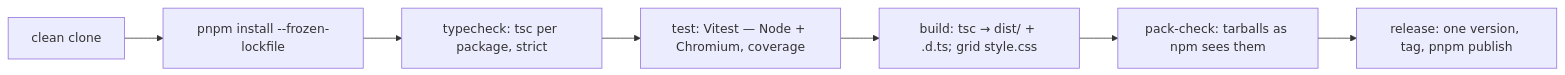
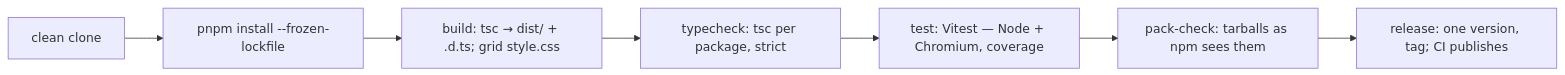
One commit to arpitarya/sheetpane changed the diagram in records/0102_BUILD.md. Above: the diagram before and after it, drawn with Mermaid. The commit also changed other lines of this file and 5 other files, not shown here.

First line of the commit message:
just check builds first; the release rebuilds the plugin

````diff
--- a/records/0102_BUILD.md
+++ b/records/0102_BUILD.md
@@ -33,9 +33,9 @@
 ```mermaid
 flowchart LR
     C["clean clone"] --> I["pnpm install --frozen-lockfile"]
-    I --> T["typecheck: tsc per package, strict"]
+    I --> B["build: tsc → dist/ + .d.ts; grid style.css"]
+    B --> T["typecheck: tsc per package, strict"]
     T --> V["test: Vitest — Node + Chromium, coverage"]
-    V --> B["build: tsc → dist/ + .d.ts; grid style.css"]
-    B --> P["pack-check: tarballs as npm sees them"]
-    P --> R["release: one version, tag, pnpm publish"]
+    V --> P["pack-check: tarballs as npm sees them"]
+    P --> R["release: one version, tag; CI publishes"]
 ```
````
